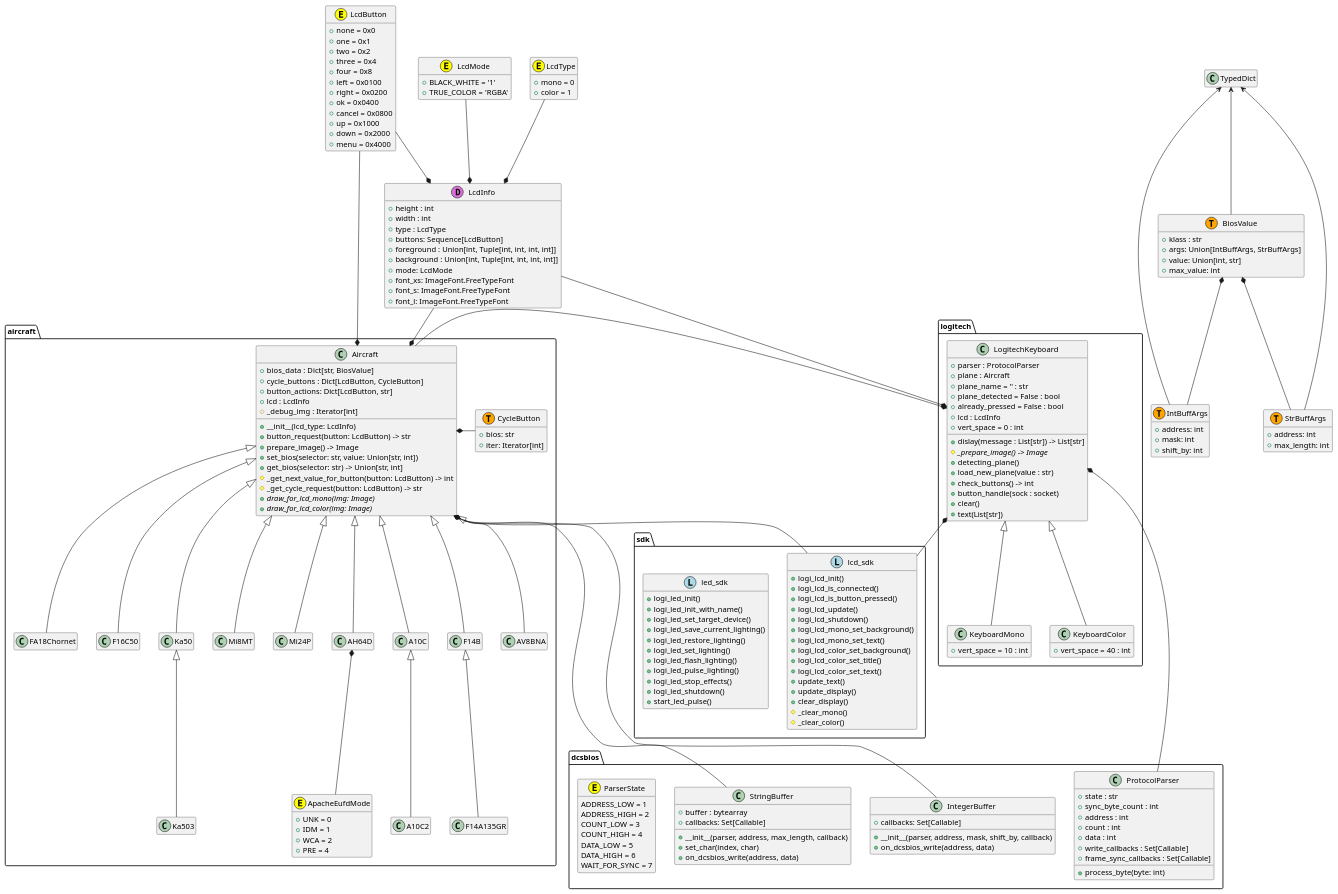
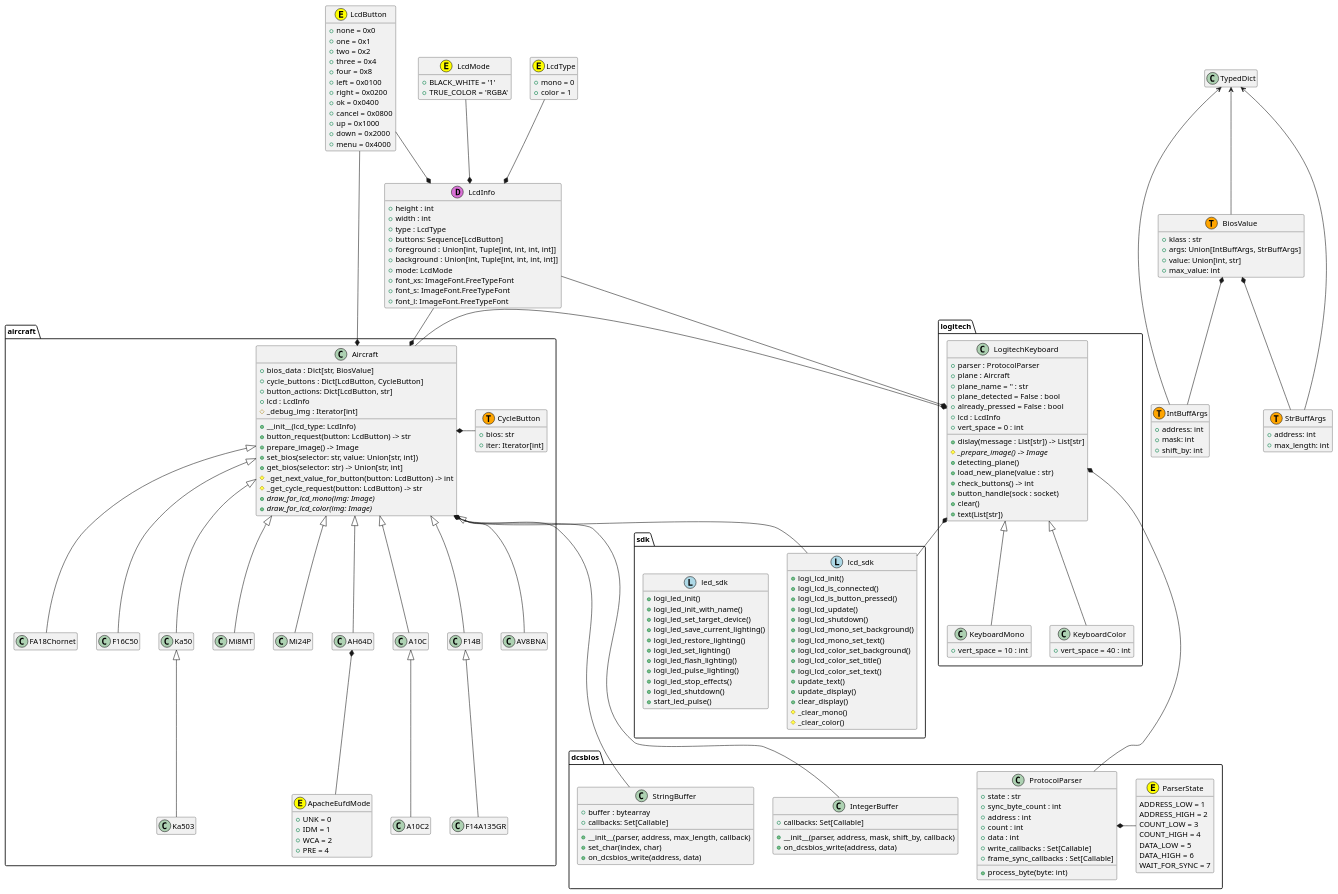
The diagram in uml/classes.puml (emcek/dcspy), drawn with PlantUML before and after one commit.

Commit message:
update UML

```diff
--- a/uml/classes.puml
+++ b/uml/classes.puml
@@ -35,6 +35,7 @@
         DATA_HIGH = 6
         WAIT_FOR_SYNC = 7
     }
+    ProtocolParser *- ParserState
 }
 
 package logitech {
```
